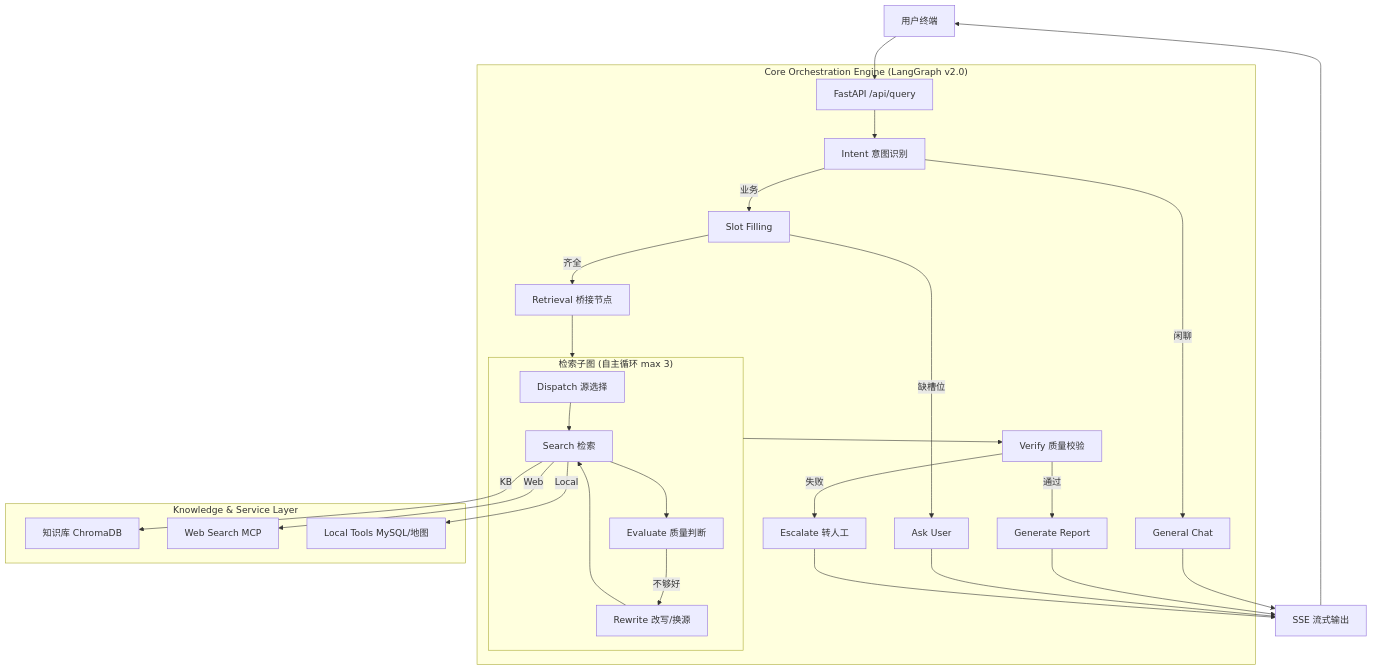
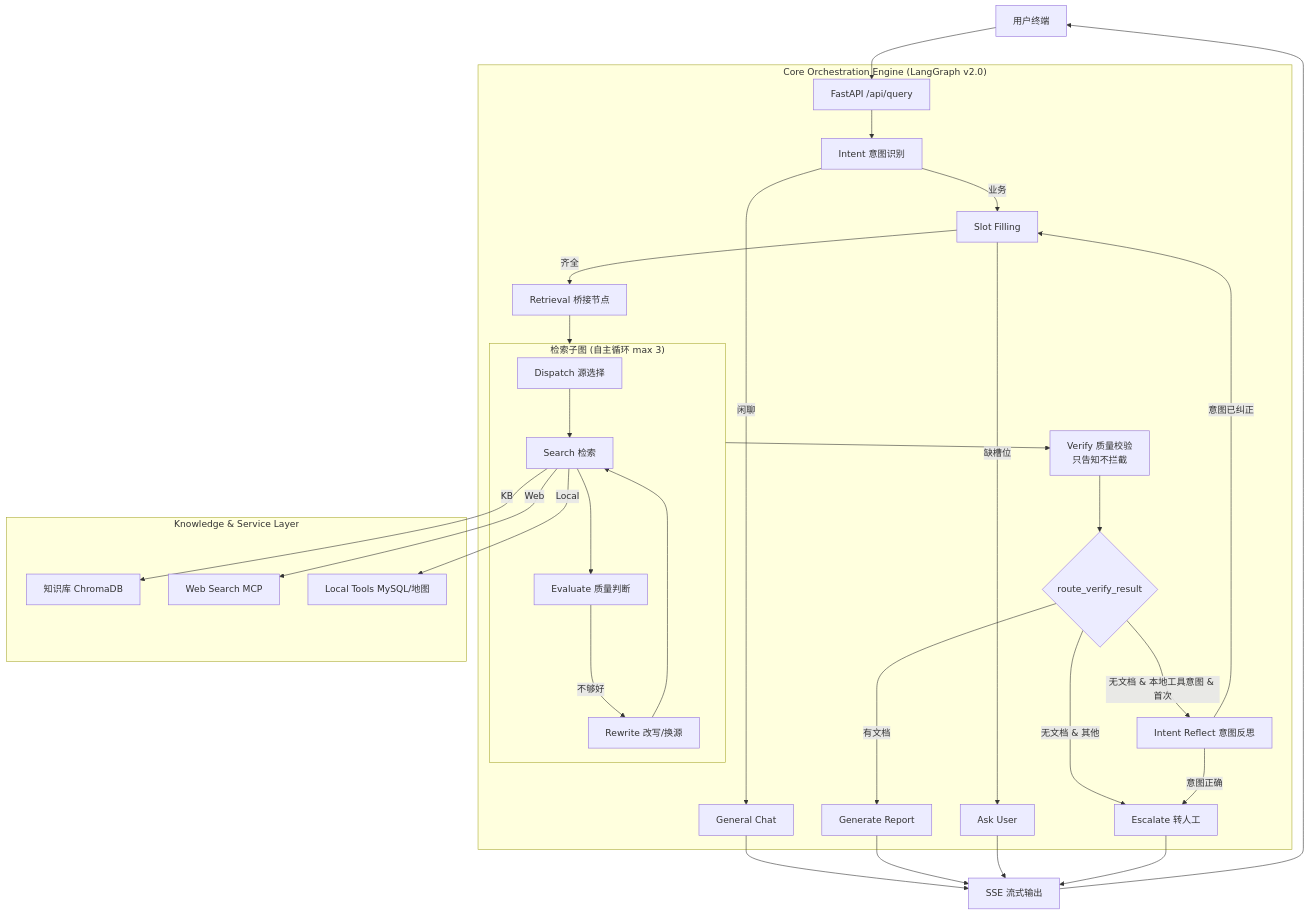
One commit to deyongTang/its_multi_agent changed the diagram in backend/app/docs/architecture/detailed-design.md. Above: the diagram before and after it, drawn with Mermaid. The commit also changed other lines of this file and 4 other files, not shown here.

First line of the commit message:
refactor(agent): 意图纠错精准化 (v2.2)

````diff
--- a/backend/app/docs/architecture/detailed-design.md
+++ b/backend/app/docs/architecture/detailed-design.md
@@ -34,43 +35,47 @@
 ```mermaid
 graph TD
     User[用户终端] --> API[FastAPI /api/query]
 
     subgraph Core["Core Orchestration Engine (LangGraph v2.0)"]
         API --> Intent[Intent 意图识别]
 
         Intent -->|闲聊| Chat[General Chat]
         Intent -->|业务| SlotFilling[Slot Filling]
 
         SlotFilling -->|缺槽位| AskUser[Ask User]
         SlotFilling -->|齐全| Retrieval[Retrieval 桥接节点]
 
         subgraph SubGraph["检索子图 (自主循环 max 3)"]
             Dispatch[Dispatch 源选择] --> Search[Search 检索]
             Search --> Evaluate[Evaluate 质量判断]
             Evaluate -->|不够好| Rewrite[Rewrite 改写/换源]
             Rewrite --> Search
         end
 
         Retrieval --> SubGraph
-        SubGraph --> Verify[Verify 质量校验]
+        SubGraph --> Verify[Verify 质量校验<br/>只告知不拦截]
 
-        Verify -->|通过| Report[Generate Report]
-        Verify -->|失败| Escalate[Escalate 转人工]
+        Verify --> RouteVerify{route_verify_result}
+        RouteVerify -->|有文档| Report[Generate Report]
+        RouteVerify -->|无文档 & 本地工具意图 & 首次| Reflect[Intent Reflect 意图反思]
+        RouteVerify -->|无文档 & 其他| Escalate[Escalate 转人工]
+        Reflect -->|意图已纠正| SlotFilling
+        Reflect -->|意图正确| Escalate
     end
 
     subgraph Knowledge["Knowledge & Service Layer"]
         KB[知识库 ChromaDB]
         Web[Web Search MCP]
         Tools[Local Tools MySQL/地图]
     end
 
     Search -->|KB| KB
     Search -->|Web| Web
     Search -->|Local| Tools
 
     Chat --> SSE[SSE 流式输出]
     Report --> SSE
     AskUser --> SSE
     Escalate --> SSE
     SSE --> User
 ```
````
